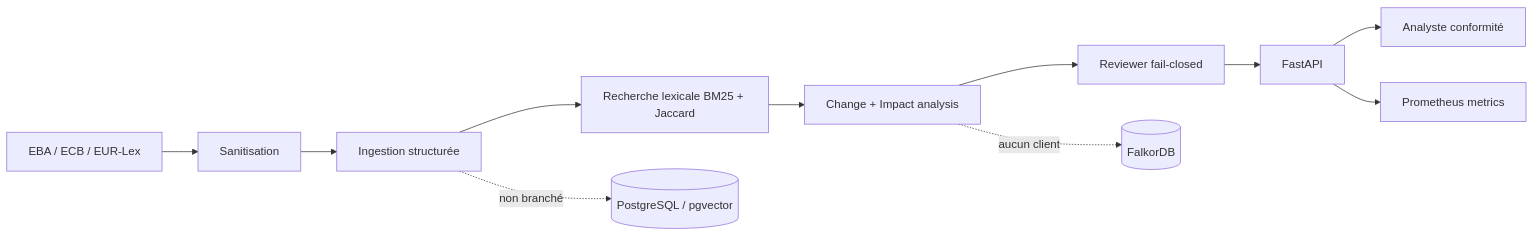
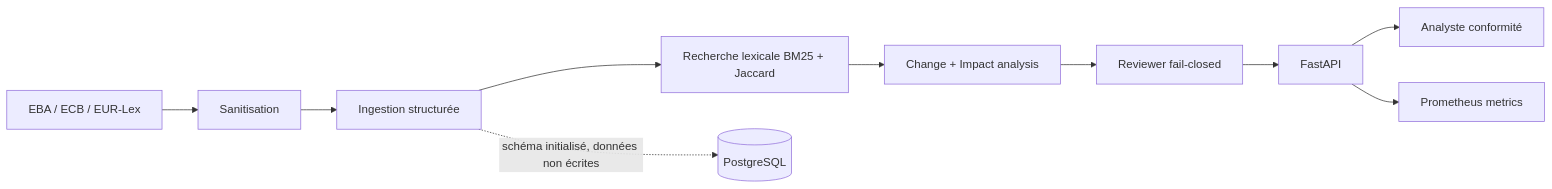
The diagram in README.md (RaaaayN/bnp-regulation), drawn with Mermaid before and after one commit. The commit also changed other lines of this file and 22 other files, not shown here.

````diff
--- a/README.md
+++ b/README.md
@@ -191,13 +196,12 @@
 ```mermaid
 flowchart LR
     Sources[EBA / ECB / EUR-Lex] --> Guard[Sanitisation]
     Guard --> Ingestion[Ingestion structurée]
     Ingestion --> Retrieval[Recherche lexicale BM25 + Jaccard]
     Retrieval --> Analysis[Change + Impact analysis]
     Analysis --> Reviewer[Reviewer fail-closed]
     Reviewer --> API[FastAPI]
     API --> Analyst[Analyste conformité]
     API --> Metrics[Prometheus metrics]
-    Ingestion -. non branché .-> PG[(PostgreSQL / pgvector)]
-    Analysis -. aucun client .-> KG[(FalkorDB)]
+    Ingestion -. schéma initialisé, données non écrites .-> PG[(PostgreSQL)]
 ```
````
